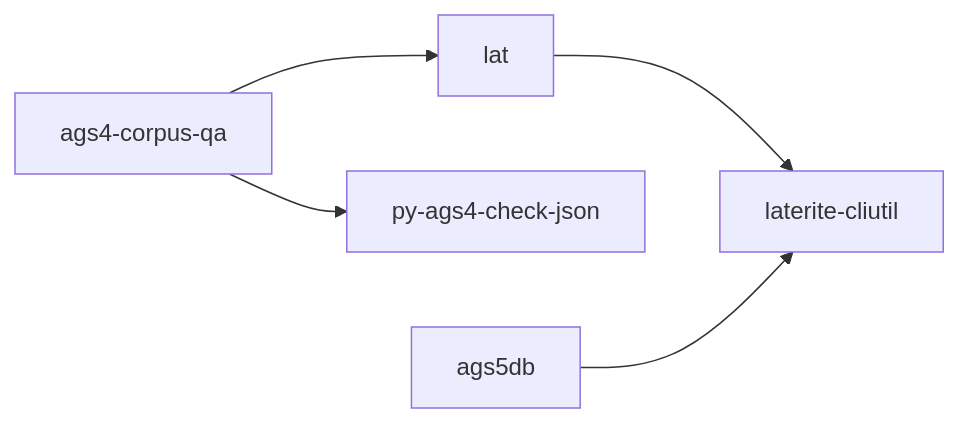
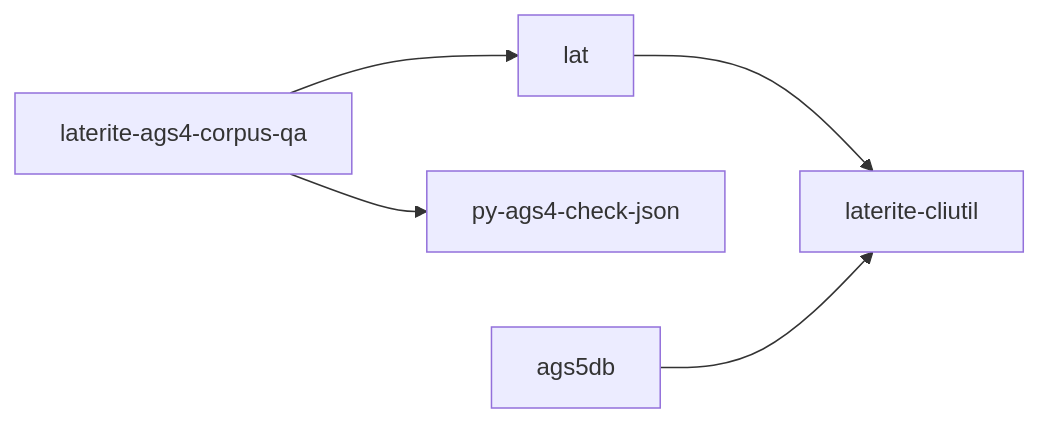
The diagram in ags-wiki/tools/laterite-ags4-check.md (niko86/laterite), drawn with Mermaid before and after one commit. The commit also changed 43 other files, not shown here.

First line of the commit message:
docs(wiki): sync tool-crate pages to the laterite-ags4-* rename

````diff
--- a/ags-wiki/tools/laterite-ags4-check.md
+++ b/ags-wiki/tools/laterite-ags4-check.md
@@ -60,7 +60,7 @@
 ```mermaid
 flowchart LR
-  crawl[ags4-corpus-qa] --> ags4check[lat]
+  crawl[laterite-ags4-corpus-qa] --> ags4check[lat]
   crawl --> py[py-ags4-check-json]
   ags4check --> cliutil[laterite-cliutil]
   ags5db[ags5db] --> cliutil
 ```
````
